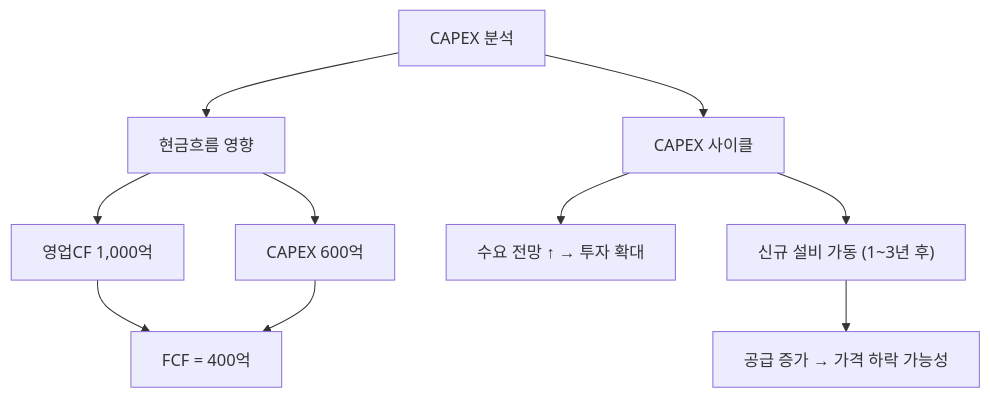
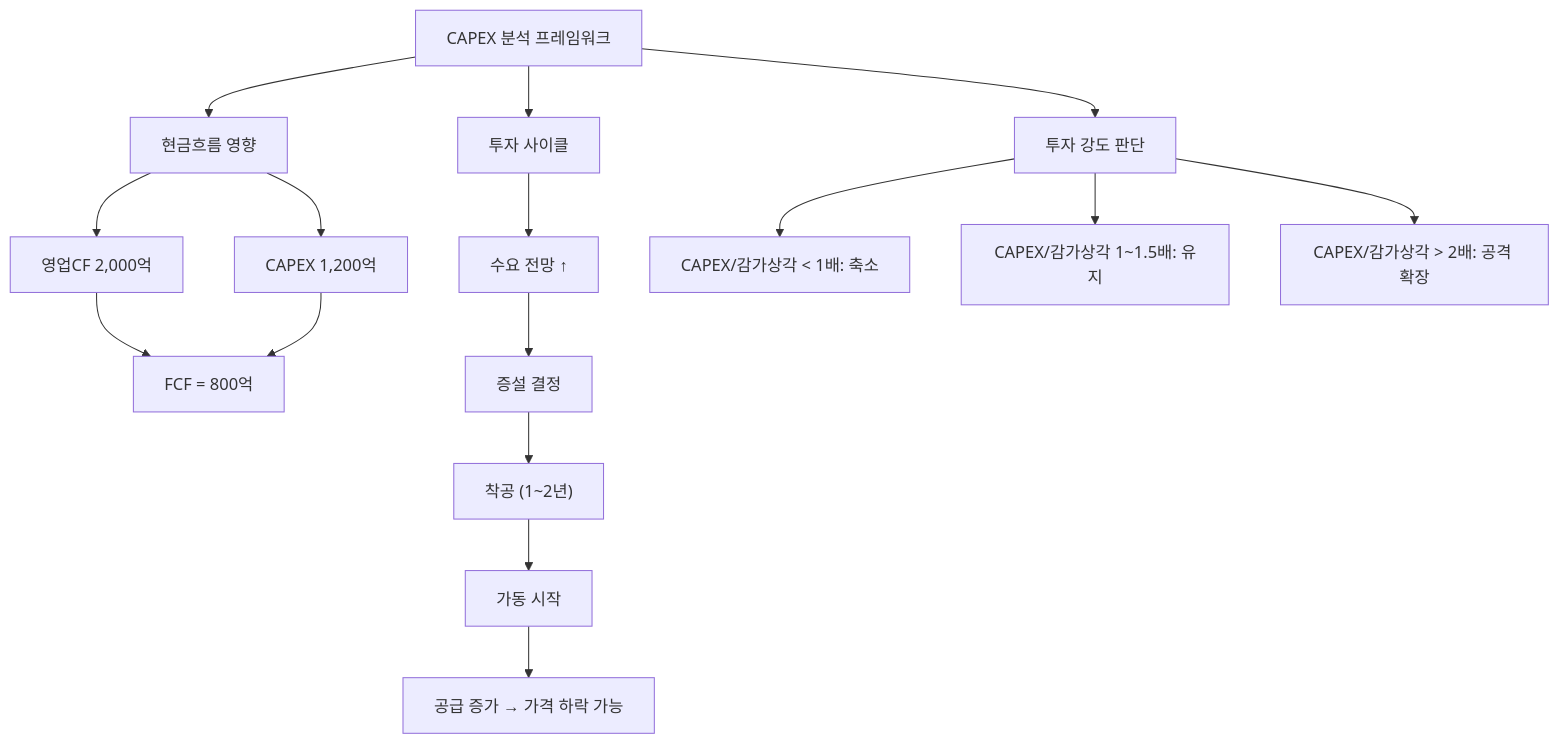
Before and after one commit to yeongseon/stock-visual-note: the diagram in content/stock-terms/ko/level-09-strategy-risk/capex.md, drawn with Mermaid. The commit also changed other lines of this file and 9 other files, not shown here.

Commit message:
content: rewrite level-09 (10 articles) — richer diagrams, realistic scenarios, blog tone

````diff
--- a/content/stock-terms/ko/level-09-strategy-risk/capex.md
+++ b/content/stock-terms/ko/level-09-strategy-risk/capex.md
@@ -42,13 +43,19 @@
 ```mermaid
 graph TD
-    A["CAPEX 분석"]
+    A["CAPEX 분석 프레임워크"]
     A --> B["현금흐름 영향"]
-    A --> C["CAPEX 사이클"]
-    B --> B1["영업CF 1,000억"]
-    B --> B2["CAPEX 600억"]
-    B1 --> D["FCF = 400억"]
-    B2 --> D
-    C --> C1["수요 전망 ↑ → 투자 확대"]
-    C --> C2["신규 설비 가동 (1~3년 후)"]
-    C2 --> C3["공급 증가 → 가격 하락 가능성"]
+    A --> C["투자 사이클"]
+    A --> D["투자 강도 판단"]
+    B --> B1["영업CF 2,000억"]
+    B --> B2["CAPEX 1,200억"]
+    B1 --> E["FCF = 800억"]
+    B2 --> E
+    C --> C1["수요 전망 ↑"]
+    C1 --> C2["증설 결정"]
+    C2 --> C3["착공 (1~2년)"]
+    C3 --> C4["가동 시작"]
+    C4 --> C5["공급 증가 → 가격 하락 가능"]
+    D --> D1["CAPEX/감가상각 < 1배: 축소"]
+    D --> D2["CAPEX/감가상각 1~1.5배: 유지"]
+    D --> D3["CAPEX/감가상각 > 2배: 공격 확장"]
 ```
````
